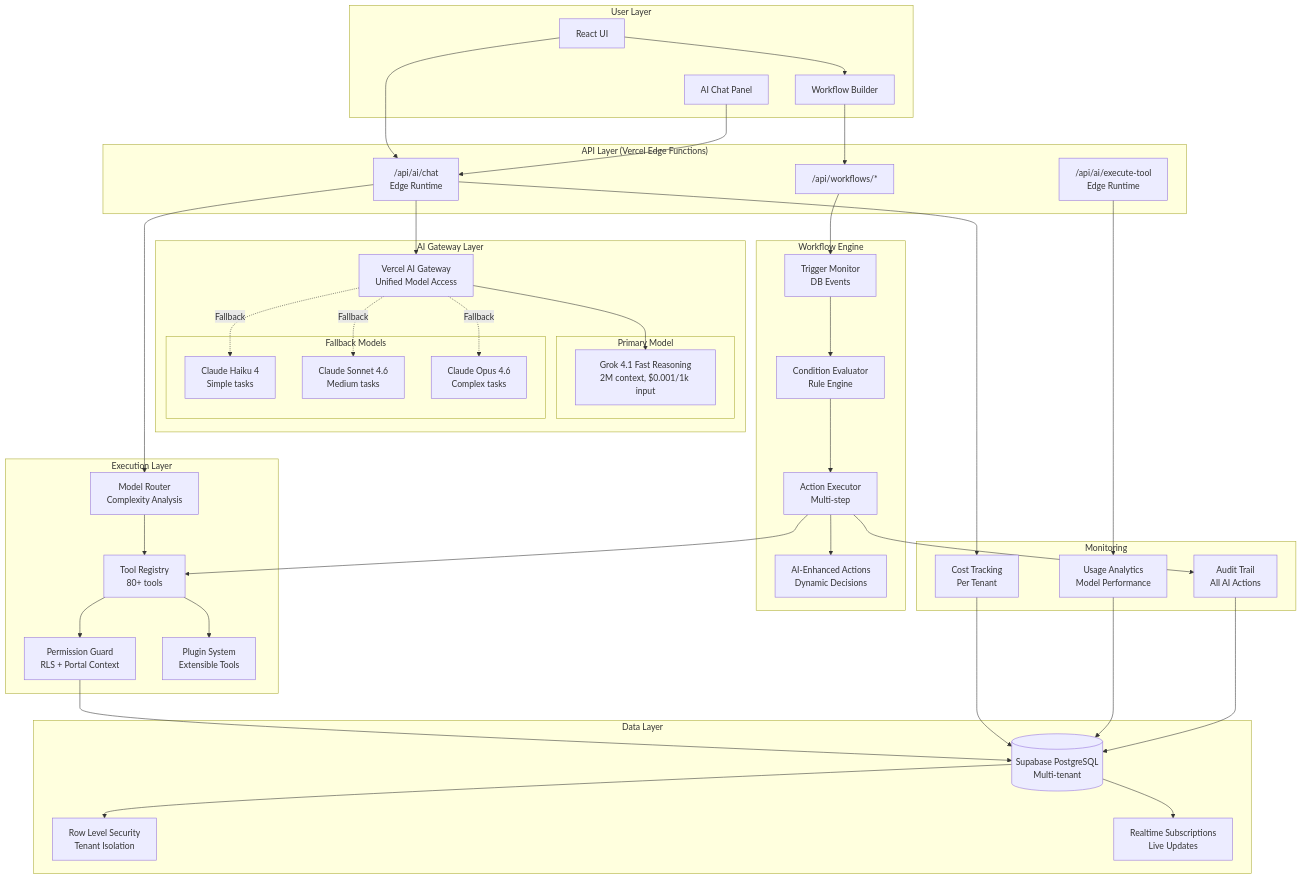
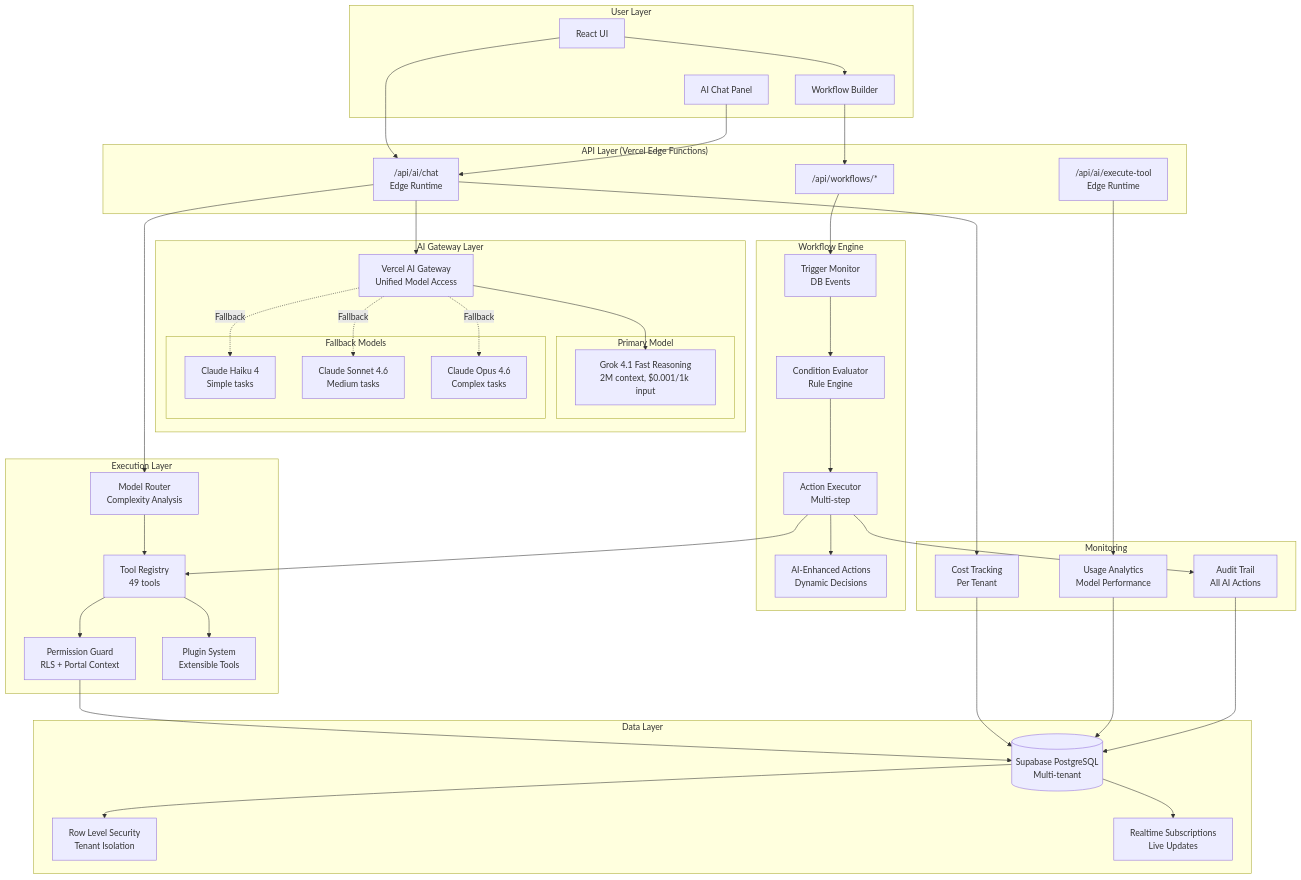
The first of 5 diagrams in docs/ai/features/20260227-feature-map-complete-v1.0.0.md (Arcane-Fly/bsuite), drawn with Mermaid before and after one commit. The commit also changed other lines of this file and 110 other files, not shown here.

```diff
--- a/docs/ai/features/20260227-feature-map-complete-v1.0.0.md
+++ b/docs/ai/features/20260227-feature-map-complete-v1.0.0.md
@@ -48,7 +48,7 @@
 
     subgraph "Execution Layer"
         Router[Model Router<br/>Complexity Analysis]
-        ToolReg[Tool Registry<br/>80+ tools]
+        ToolReg[Tool Registry<br/>49 tools]
         PermCheck[Permission Guard<br/>RLS + Portal Context]
         PluginSys[Plugin System<br/>Extensible Tools]
     end
```
